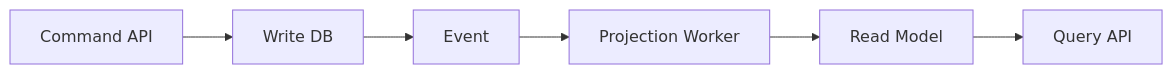
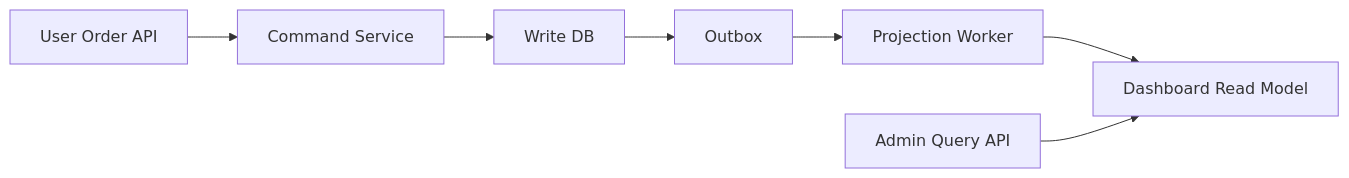
One commit to thisis-joe/thisis-joe.github.io changed the diagram in content/System Design/13. Read Write 분리 CQRS/01. Read Write 분리 목적 상세.md. Above: the diagram before and after it, drawn with Mermaid. The commit also changed other lines of this file and 595 other files, not shown here.

````diff
--- a/content/System Design/13. Read Write 분리 CQRS/01. Read Write 분리 목적 상세.md
+++ b/content/System Design/13. Read Write 분리 CQRS/01. Read Write 분리 목적 상세.md
@@ -42,8 +87,9 @@
 ```mermaid
 flowchart LR
-    A["Command API"] --> B["Write DB"]
-    B["Write DB"] --> C["Event"]
-    C["Event"] --> D["Projection Worker"]
-    D["Projection Worker"] --> E["Read Model"]
-    E["Read Model"] --> F["Query API"]
+    U["User Order API"] --> C["Command Service"]
+    C --> W["Write DB"]
+    W --> O["Outbox"]
+    O --> P["Projection Worker"]
+    P --> R["Dashboard Read Model"]
+    A["Admin Query API"] --> R
 ```
````
